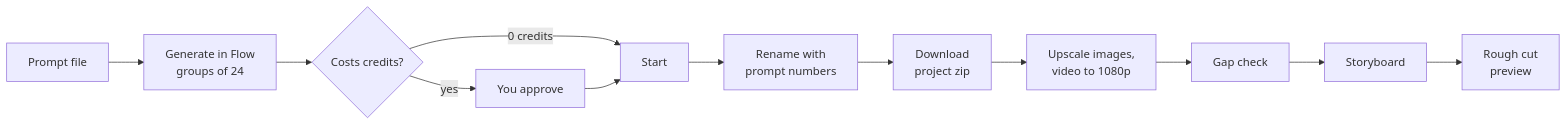
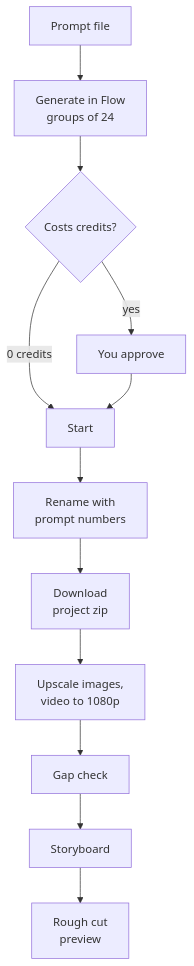
One commit to jenny-gecglr/google-flow-video-image-generator changed the diagram in README.md. Above: the diagram before and after it, drawn with Mermaid.

Commit message:
Use vertical layout for the workflow diagram

````diff
--- a/README.md
+++ b/README.md
@@ -19,14 +19,14 @@
 ```mermaid
-flowchart LR
+flowchart TD
     A["Prompt file"] --> B["Generate in Flow<br/>groups of 24"]
     B --> C{"Costs credits?"}
     C -- yes --> D["You approve"]
     C -- "0 credits" --> E["Start"]
     D --> E
     E --> F["Rename with<br/>prompt numbers"]
     F --> G["Download<br/>project zip"]
     G --> H["Upscale images,<br/>video to 1080p"]
     H --> I["Gap check"]
     I --> J["Storyboard"]
     J --> K["Rough cut<br/>preview"]
 ```
````
